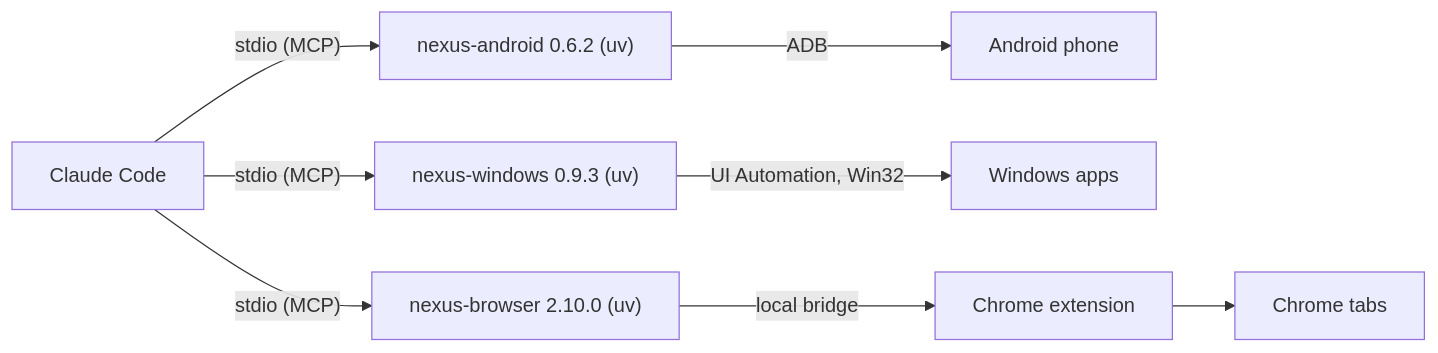
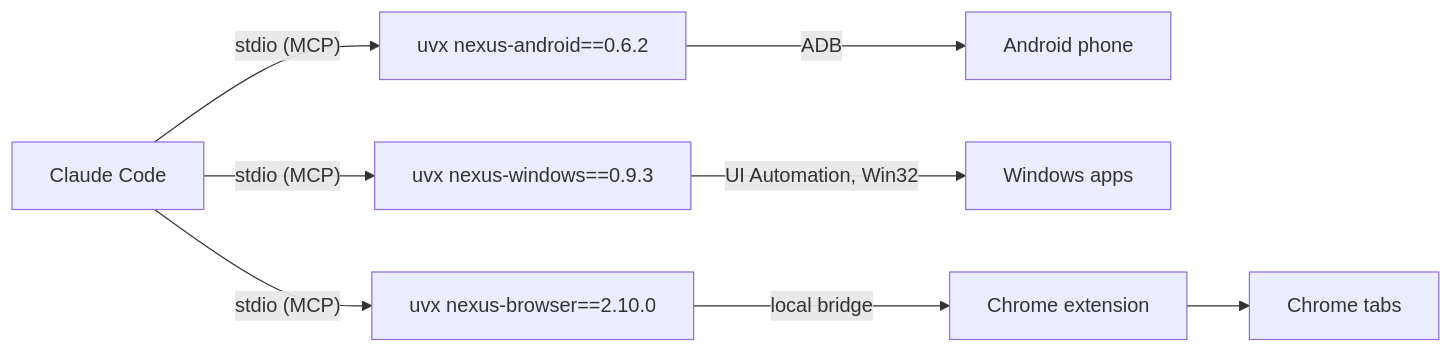
Before and after one commit to pironjulien/NexusSystem: the diagram in README.md, drawn with Mermaid. The commit also changed other lines of this file and 13 other files, not shown here.

Commit message:
Update to 1.1.1: uvx launchers in the form the Claude directory reads

````diff
--- a/README.md
+++ b/README.md
@@ -43,6 +43,6 @@
 ```mermaid
 flowchart LR
-    C["Claude Code"] -- "stdio (MCP)" --> A["nexus-android 0.6.2 (uv)"] -- ADB --> P["Android phone"]
-    C -- "stdio (MCP)" --> W["nexus-windows 0.9.3 (uv)"] -- "UI Automation, Win32" --> D["Windows apps"]
-    C -- "stdio (MCP)" --> B["nexus-browser 2.10.0 (uv)"] -- "local bridge" --> E["Chrome extension"] --> T["Chrome tabs"]
+    C["Claude Code"] -- "stdio (MCP)" --> A["uvx nexus-android==0.6.2"] -- ADB --> P["Android phone"]
+    C -- "stdio (MCP)" --> W["uvx nexus-windows==0.9.3"] -- "UI Automation, Win32" --> D["Windows apps"]
+    C -- "stdio (MCP)" --> B["uvx nexus-browser==2.10.0"] -- "local bridge" --> E["Chrome extension"] --> T["Chrome tabs"]
 ```
````
